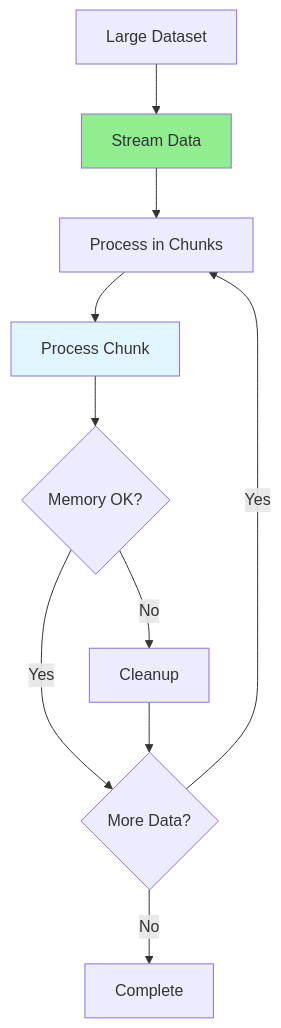
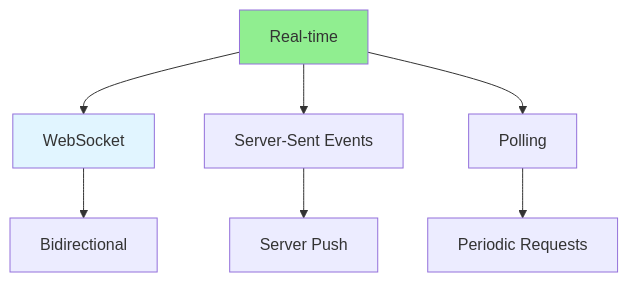
Before and after one commit to iouthnamain/tech-note: the diagram in Full-Stack-Guides/Group-09-Complex-Functions/09.07_Real_time_Updates.md, drawn with Mermaid. The commit also changed other lines of this file and 480 other files, not shown here.

````diff
--- a/Full-Stack-Guides/Group-09-Complex-Functions/09.07_Real_time_Updates.md
+++ b/Full-Stack-Guides/Group-09-Complex-Functions/09.07_Real_time_Updates.md
@@ -23,15 +22,13 @@
 ```mermaid
-flowchart TD
-    LargeData[Large Dataset] --> Stream[Stream Data]
-    Stream --> Chunk[Process in Chunks]
-    Chunk --> Process[Process Chunk]
-    Process --> Memory{Memory OK?}
-    Memory -->|Yes| Next{More Data?}
-    Memory -->|No| Cleanup[Cleanup]
-    Cleanup --> Next
-    Next -->|Yes| Chunk
-    Next -->|No| Complete[Complete]
+graph TD
+    RealTime[Real-time] --> WebSocket[WebSocket]
+    RealTime --> SSE[Server-Sent Events]
+    RealTime --> Polling[Polling]
     
-    style Stream fill:#90EE90
-    style Process fill:#e1f5ff
+    WebSocket --> Bidirectional[Bidirectional]
+    SSE --> ServerPush[Server Push]
+    Polling --> Request[Periodic Requests]
+    
+    style RealTime fill:#90EE90
+    style WebSocket fill:#e1f5ff
 ```
````
